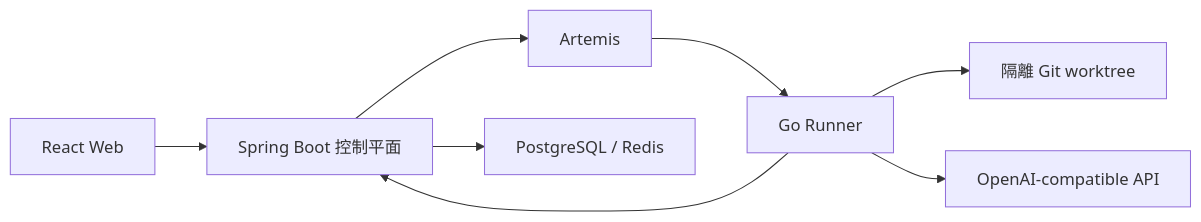
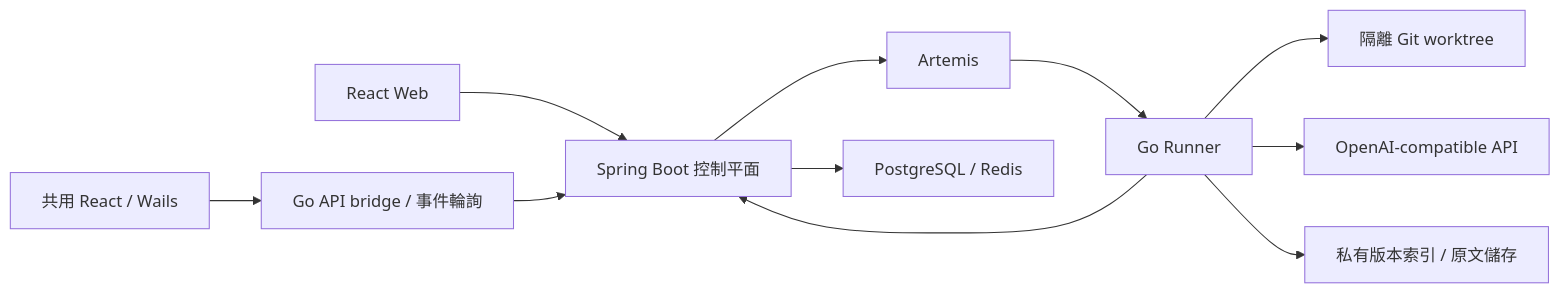
One commit to lgcyuzusakura/proofcode changed the diagram in README.zh-TW.md. Above: the diagram before and after it, drawn with Mermaid. The commit also changed other lines of this file and 119 other files, not shown here.

````diff
--- a/README.zh-TW.md
+++ b/README.zh-TW.md
@@ -129,10 +168,12 @@
 ```mermaid
 flowchart LR
     UI["React Web"] --> CP["Spring Boot 控制平面"]
+    NATIVE["共用 React / Wails"] --> BRIDGE["Go API bridge / 事件輪詢"] --> CP
     CP --> MQ["Artemis"]
     MQ --> RUN["Go Runner"]
     RUN --> WS["隔離 Git worktree"]
     RUN --> MODEL["OpenAI-compatible API"]
+    RUN --> CONTEXT["私有版本索引 / 原文儲存"]
     RUN --> CP
     CP --> STORE["PostgreSQL / Redis"]
 ```
````
